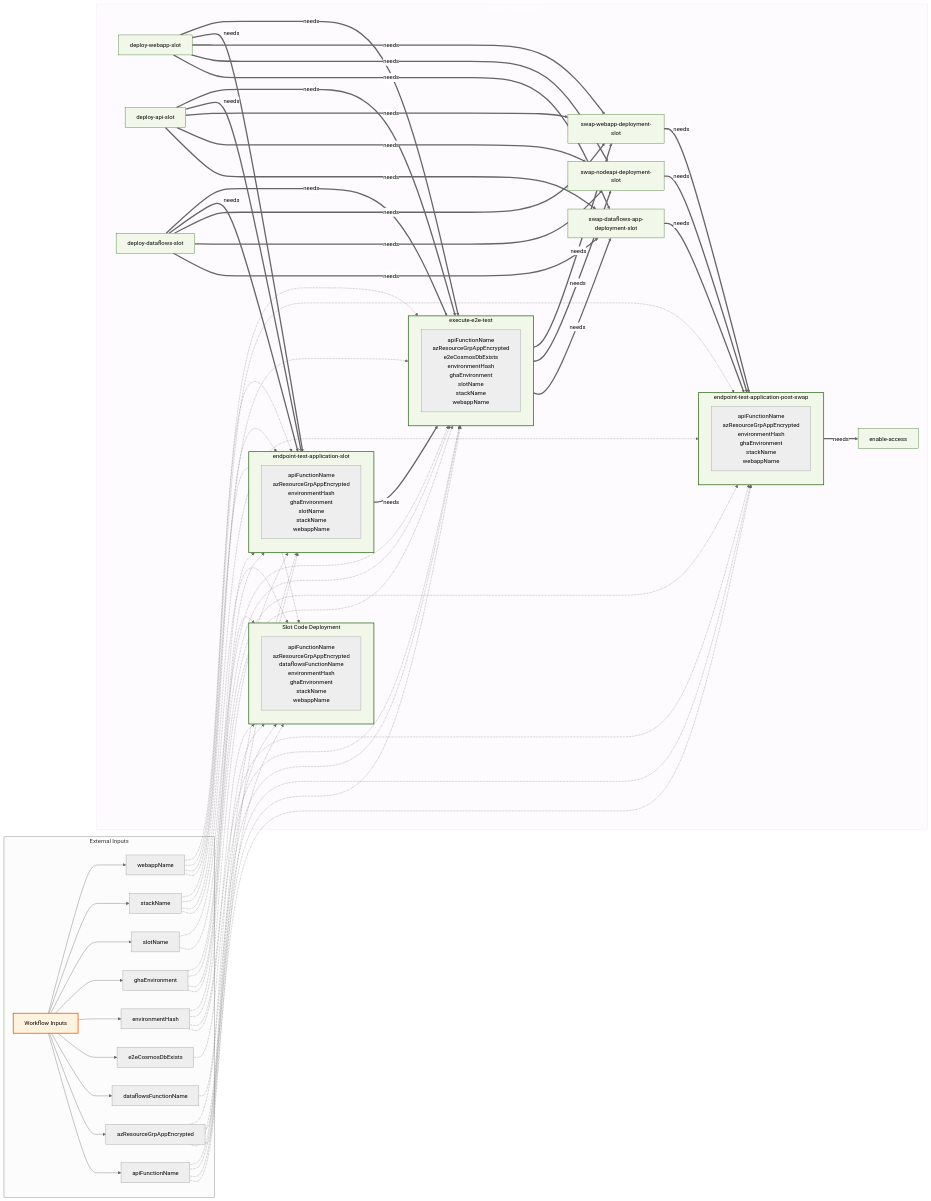
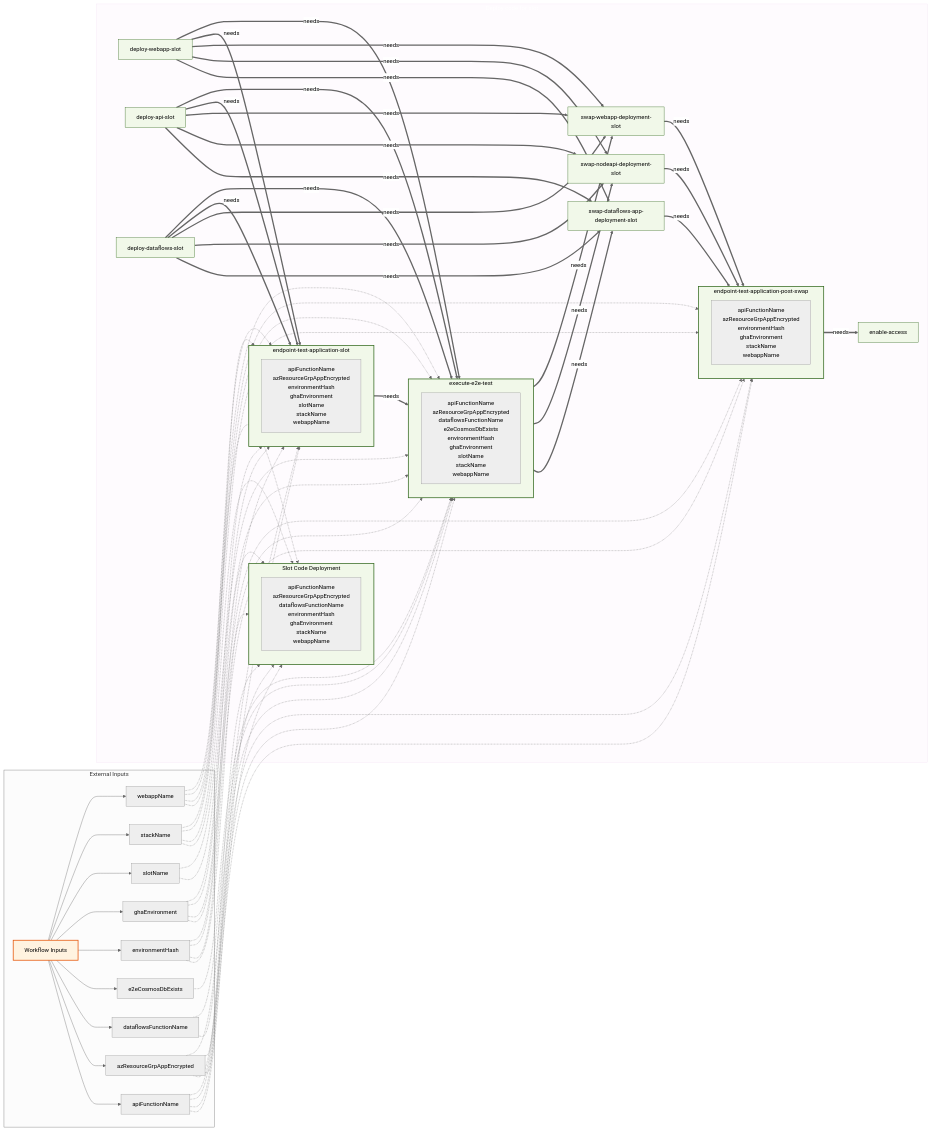
Before and after one commit to US-Trustee-Program/Bankruptcy-Oversight-Support-Systems: the eighth of 22 diagrams in docs/operations/workflow-diagram.md, drawn with Mermaid (neutral theme). The commit also changed other lines of this file and 2 other files, not shown here.

Commit message:
Provide and use ADMIN_KEY secret

```diff
--- a/docs/operations/workflow-diagram.md
+++ b/docs/operations/workflow-diagram.md
@@ -385,15 +385,15 @@
 flowchart LR
     subgraph "External Inputs"
         Workflow_Inputs["Workflow Inputs"]
-        Workflow_Inputs_ghaEnvironment["ghaEnvironment"]
         Workflow_Inputs_environmentHash["environmentHash"]
         Workflow_Inputs_dataflowsFunctionName["dataflowsFunctionName"]
         Workflow_Inputs_azResourceGrpAppEncrypted["azResourceGrpAppEncrypted"]
+        Workflow_Inputs_slotName["slotName"]
+        Workflow_Inputs_webappName["webappName"]
+        Workflow_Inputs_ghaEnvironment["ghaEnvironment"]
         Workflow_Inputs_e2eCosmosDbExists["e2eCosmosDbExists"]
-        Workflow_Inputs_webappName["webappName"]
+        Workflow_Inputs_stackName["stackName"]
         Workflow_Inputs_apiFunctionName["apiFunctionName"]
-        Workflow_Inputs_slotName["slotName"]
-        Workflow_Inputs_stackName["stackName"]
     end
 
     subgraph sub_deploy_code_slot_workflow["Deploy code for slot"]
@@ -407,7 +407,7 @@
             endpoint_test_application_slot_vars["apiFunctionName<br/>azResourceGrpAppEncrypted<br/>environmentHash<br/>ghaEnvironment<br/>slotName<br/>stackName<br/>webappName"]
         end
         subgraph execute_e2e_test_subgraph["execute-e2e-test"]
-            execute_e2e_test_vars["apiFunctionName<br/>azResourceGrpAppEncrypted<br/>e2eCosmosDbExists<br/>environmentHash<br/>ghaEnvironment<br/>slotName<br/>stackName<br/>webappName"]
+            execute_e2e_test_vars["apiFunctionName<br/>azResourceGrpAppEncrypted<br/>dataflowsFunctionName<br/>e2eCosmosDbExists<br/>environmentHash<br/>ghaEnvironment<br/>slotName<br/>stackName<br/>webappName"]
         end
         swap_webapp_deployment_slot["swap-webapp-deployment-slot"]
         swap_nodeapi_deployment_slot["swap-nodeapi-deployment-slot"]
@@ -436,6 +436,7 @@
     Workflow_Inputs_azResourceGrpAppEncrypted -.-> endpoint_test_application_slot_subgraph
     Workflow_Inputs_azResourceGrpAppEncrypted -.-> execute_e2e_test_subgraph
     Workflow_Inputs_dataflowsFunctionName -.-> deploy_code_subgraph
+    Workflow_Inputs_dataflowsFunctionName -.-> execute_e2e_test_subgraph
     Workflow_Inputs_e2eCosmosDbExists -.-> execute_e2e_test_subgraph
     Workflow_Inputs_environmentHash -.-> deploy_code_subgraph
     Workflow_Inputs_environmentHash -.-> endpoint_test_application_post_swap_subgraph
```
